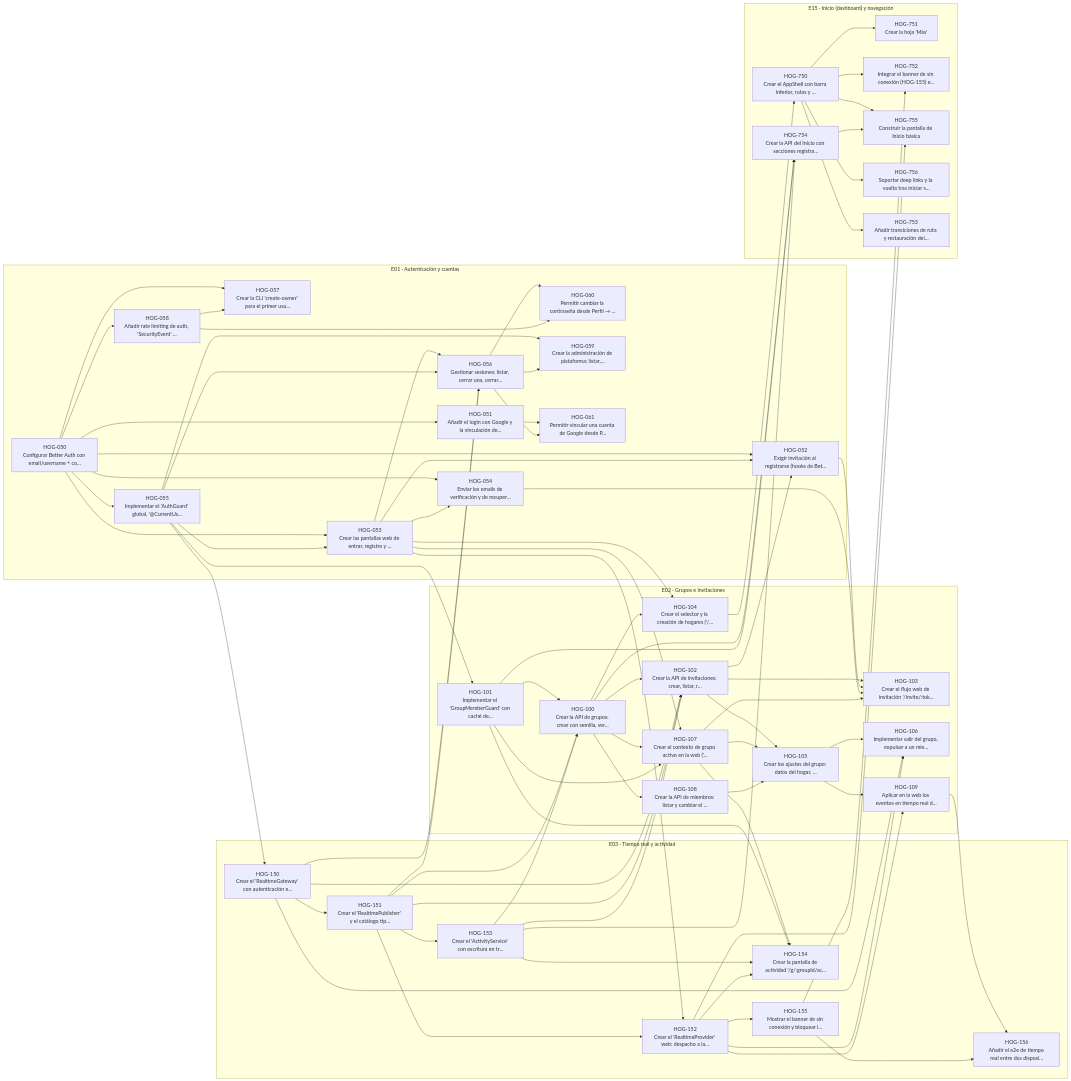
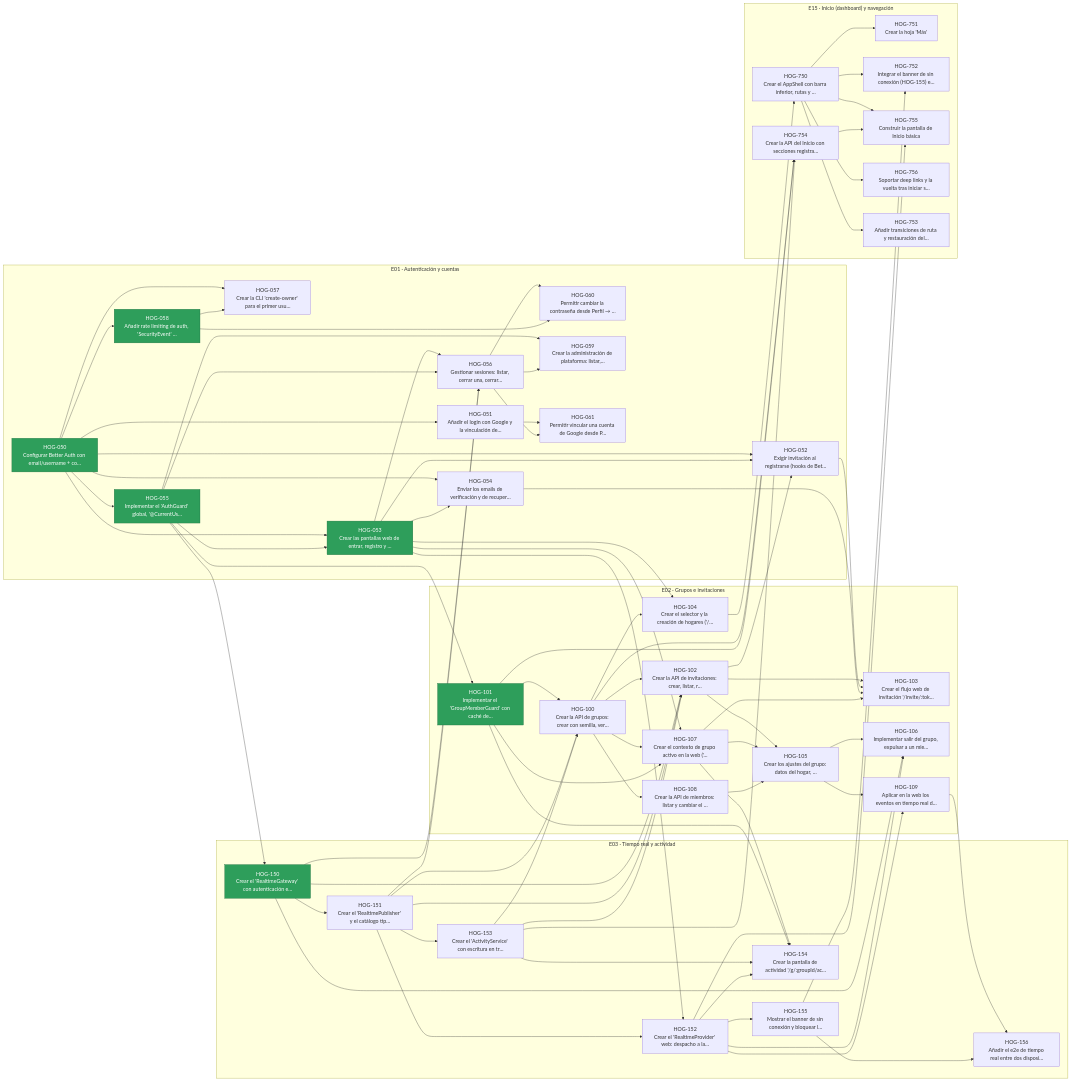
One commit to obaiges/hogaria changed the fourth of 9 diagrams in BOARD.md. Above: the diagram before and after it, drawn with Mermaid. The commit also changed other lines of this file and 3 other files, not shown here.

First line of the commit message:
chore(board): diagramas de progreso en verde con pnpm board:progress

````diff
--- a/BOARD.md
+++ b/BOARD.md
@@ -522,4 +534,8 @@
   HOG051 --> HOG061
   HOG056 --> HOG061
   HOG750 --> HOG753
+%% progreso (generado por scripts/board-progress.mjs)
+  classDef done fill:#2e9e5b,stroke:#1d6b3c,color:#ffffff
+  classDef started fill:#c8ecd5,stroke:#2e9e5b,color:#10331f
+  class HOG050,HOG055,HOG053,HOG058,HOG101,HOG150 done
 ```
````
